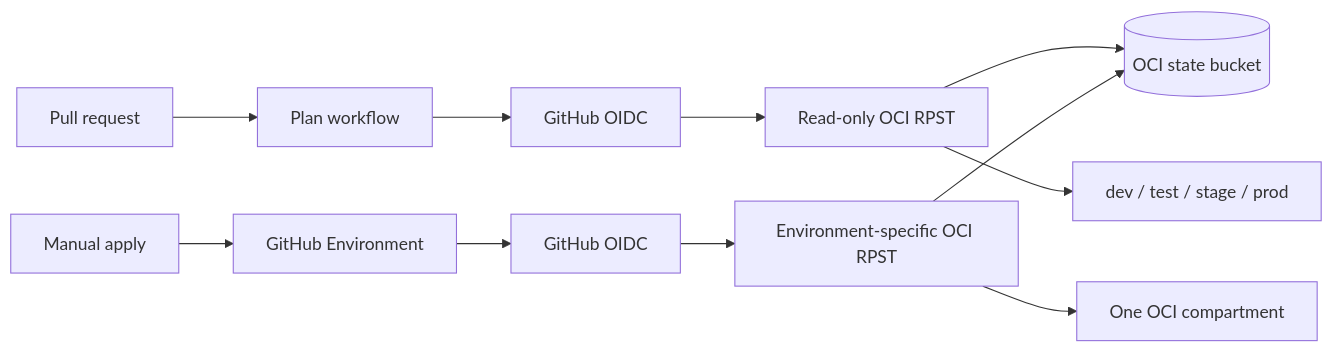
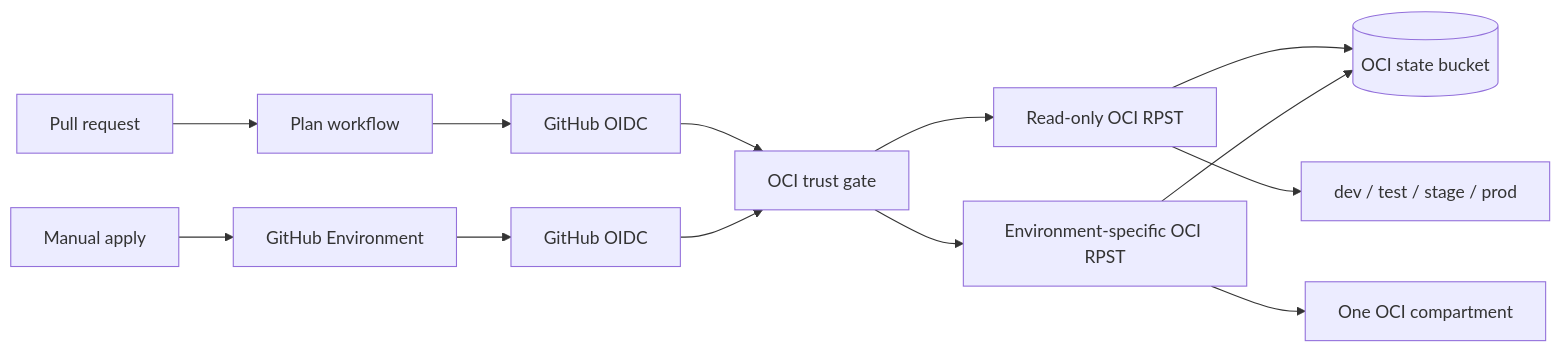
One commit to austenstone/terraform-oci-github-oidc changed the diagram in README.md. Above: the diagram before and after it, drawn with Mermaid. The commit also changed other lines of this file and 7 other files, not shown here.

Commit message:
Own OCI OIDC token exchange

````diff
--- a/README.md
+++ b/README.md
@@ -31,14 +49,16 @@
 ```mermaid
 flowchart LR
     PR[Pull request] --> Plan[Plan workflow]
     Plan --> PlanOIDC[GitHub OIDC]
-    PlanOIDC --> PlanRPST[Read-only OCI RPST]
+    PlanOIDC --> Trust[OCI trust gate]
+    Trust --> PlanRPST[Read-only OCI RPST]
     PlanRPST --> State[(OCI state bucket)]
     PlanRPST --> Env[dev / test / stage / prod]
 
     Dispatch[Manual apply] --> Gate[GitHub Environment]
     Gate --> ApplyOIDC[GitHub OIDC]
-    ApplyOIDC --> ApplyRPST[Environment-specific OCI RPST]
+    ApplyOIDC --> Trust
+    Trust --> ApplyRPST[Environment-specific OCI RPST]
     ApplyRPST --> State
     ApplyRPST --> Target[One OCI compartment]
 ```
````
